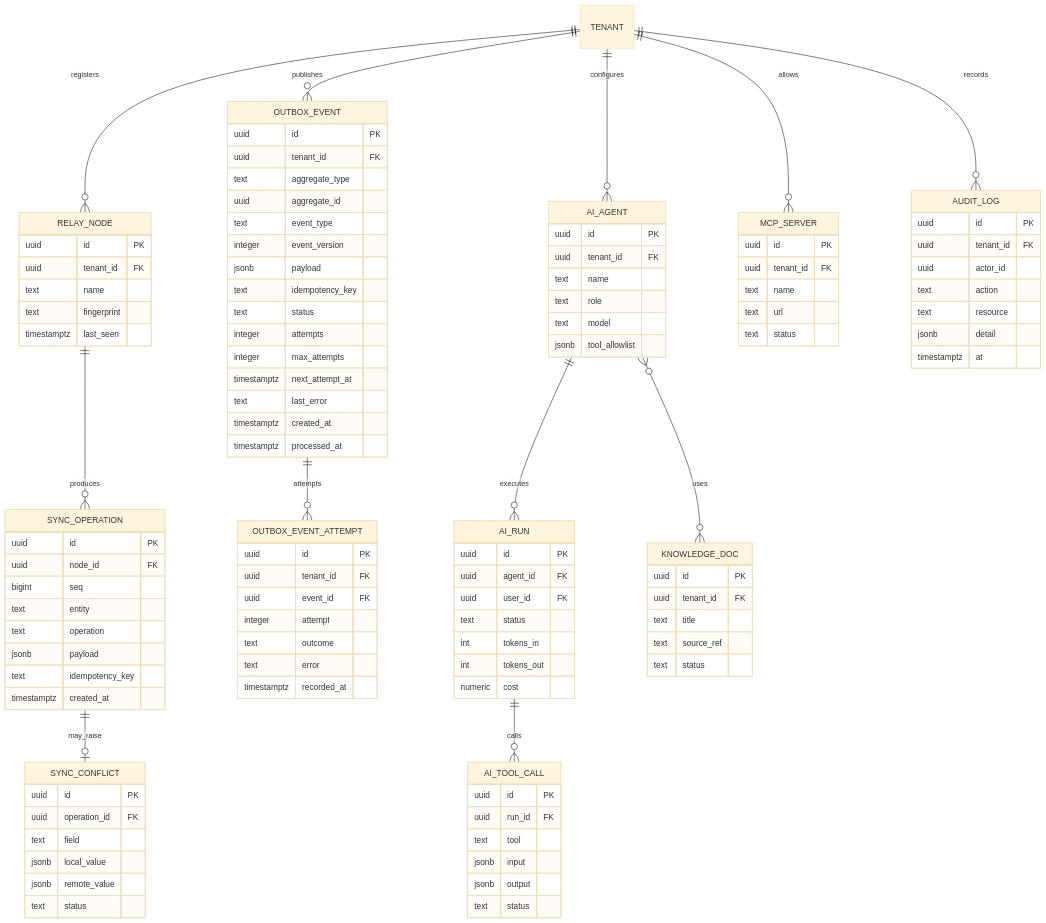
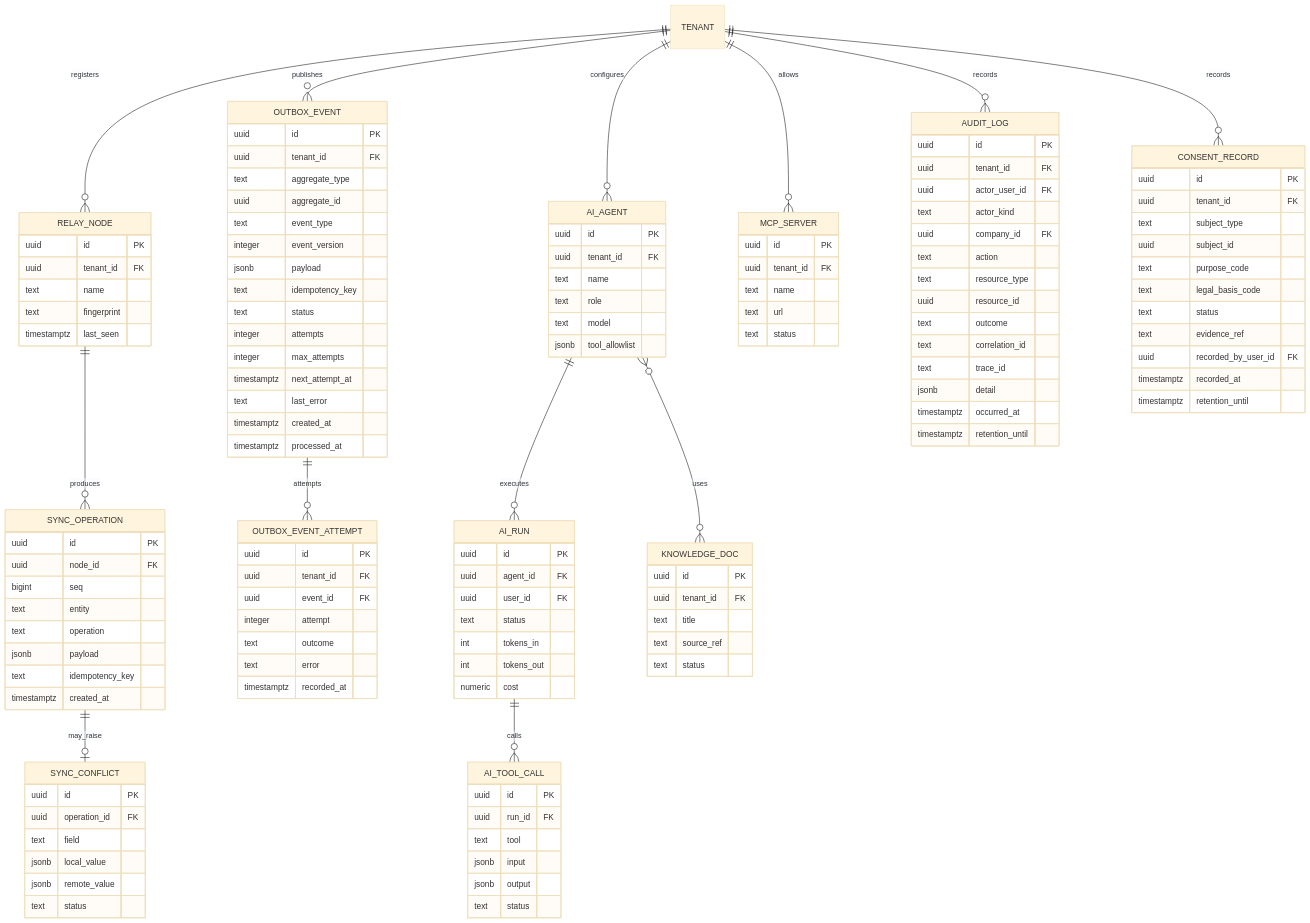
Before and after one commit to alltomatos/amparius: the fourth of 6 diagrams in docs/data/DER.md, drawn with Mermaid (base theme). The commit also changed other lines of this file and 18 other files, not shown here.

````diff
--- a/docs/data/DER.md
+++ b/docs/data/DER.md
@@ -654,6 +654,7 @@
   AI_AGENT }o--o{ KNOWLEDGE_DOC : uses
   TENANT ||--o{ MCP_SERVER : allows
   TENANT ||--o{ AUDIT_LOG : records
+  TENANT ||--o{ CONSENT_RECORD : records
 
   RELAY_NODE { uuid id PK
                uuid tenant_id FK
@@ -727,9 +728,27 @@
                text status }
   AUDIT_LOG { uuid id PK
               uuid tenant_id FK
-              uuid actor_id
+              uuid actor_user_id FK
+              text actor_kind
+              uuid company_id FK
               text action
-              text resource
+              text resource_type
+              uuid resource_id
+              text outcome
+              text correlation_id
+              text trace_id
               jsonb detail
-              timestamptz at }
+              timestamptz occurred_at
+              timestamptz retention_until }
+  CONSENT_RECORD { uuid id PK
+                   uuid tenant_id FK
+                   text subject_type
+                   uuid subject_id
+                   text purpose_code
+                   text legal_basis_code
+                   text status
+                   text evidence_ref
+                   uuid recorded_by_user_id FK
+                   timestamptz recorded_at
+                   timestamptz retention_until }
 ```
````
